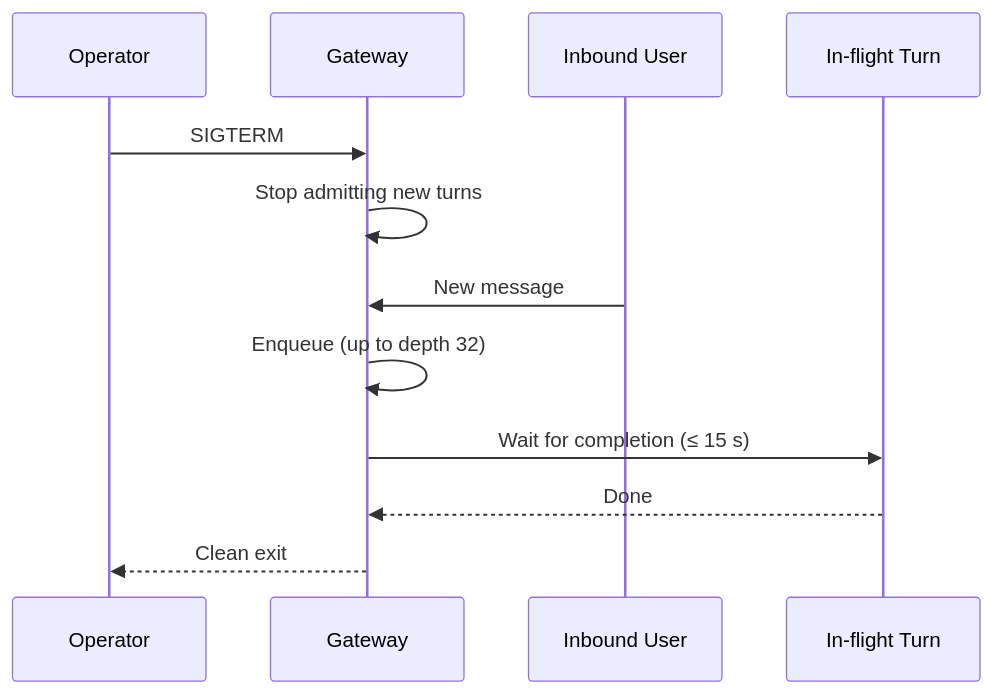
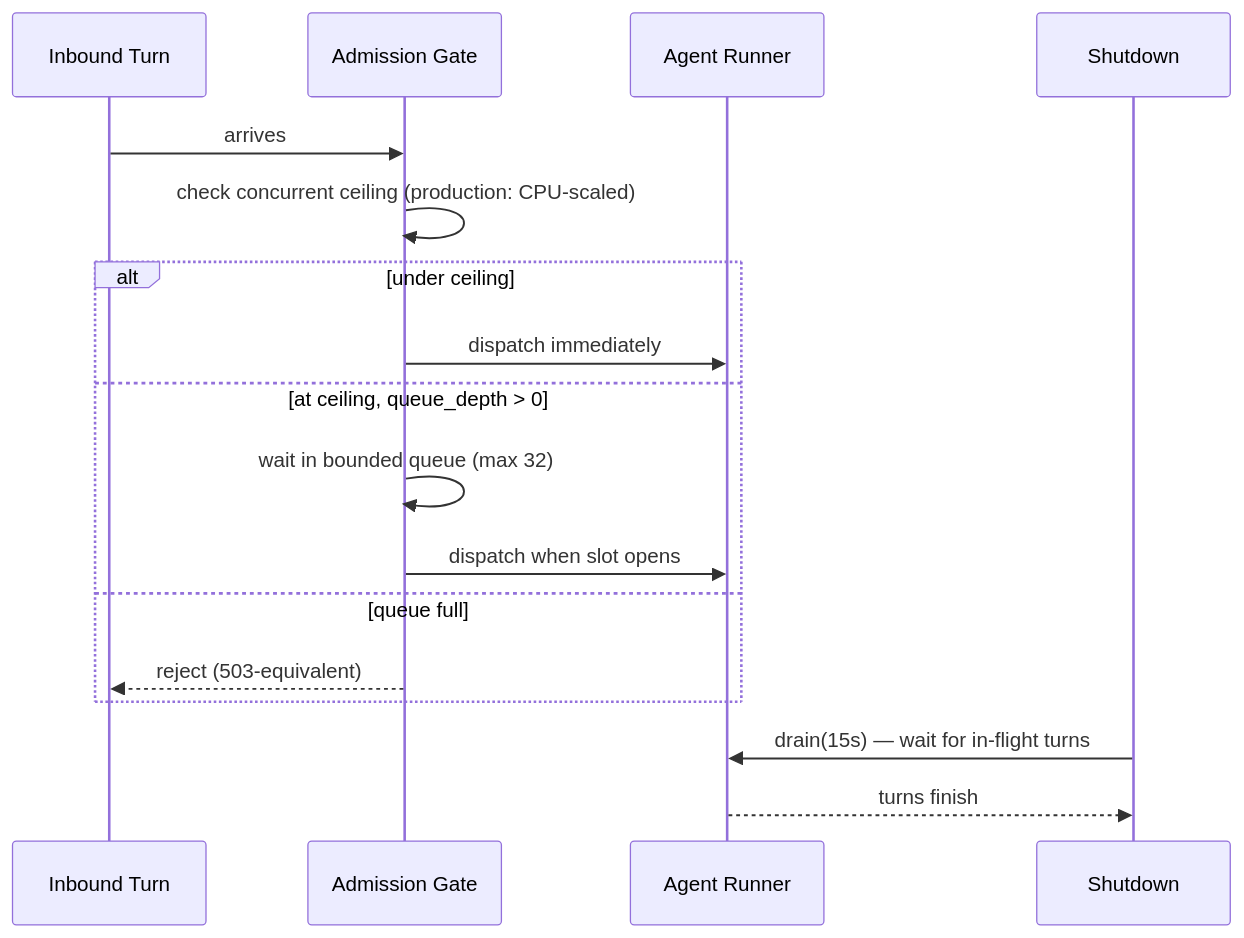
Before and after one commit to MervinPraison/PraisonAIDocs: the second of 3 diagrams in docs/features/gateway-reliability.mdx, drawn with Mermaid. The commit also changed other lines of this file and 9 other files, not shown here.

````diff
--- a/docs/features/gateway-reliability.mdx
+++ b/docs/features/gateway-reliability.mdx
@@ -187,15 +114,20 @@
 ```mermaid
 sequenceDiagram
-    participant Op as Operator
-    participant GW as Gateway
-    participant User as Inbound User
-    participant Turn as In-flight Turn
+    participant C as Inbound Turn
+    participant G as Admission Gate
+    participant A as Agent Runner
+    participant S as Shutdown
 
-    Op->>GW: SIGTERM
-    GW->>GW: Stop admitting new turns
-    User->>GW: New message
-    GW->>GW: Enqueue (up to depth 32)
-    GW->>Turn: Wait for completion (≤ 15 s)
-    Turn-->>GW: Done
-    GW-->>Op: Clean exit
+    C->>G: arrives
+    G->>G: check concurrent ceiling (production: CPU-scaled)
+    alt under ceiling
+        G->>A: dispatch immediately
+    else at ceiling, queue_depth > 0
+        G->>G: wait in bounded queue (max 32)
+        G->>A: dispatch when slot opens
+    else queue full
+        G-->>C: reject (503-equivalent)
+    end
+    S->>A: drain(15s) — wait for in-flight turns
+    A-->>S: turns finish
 ```
````
